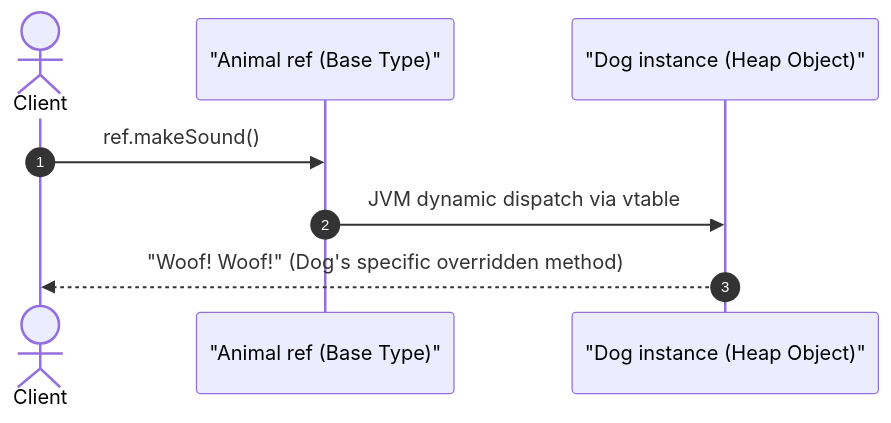
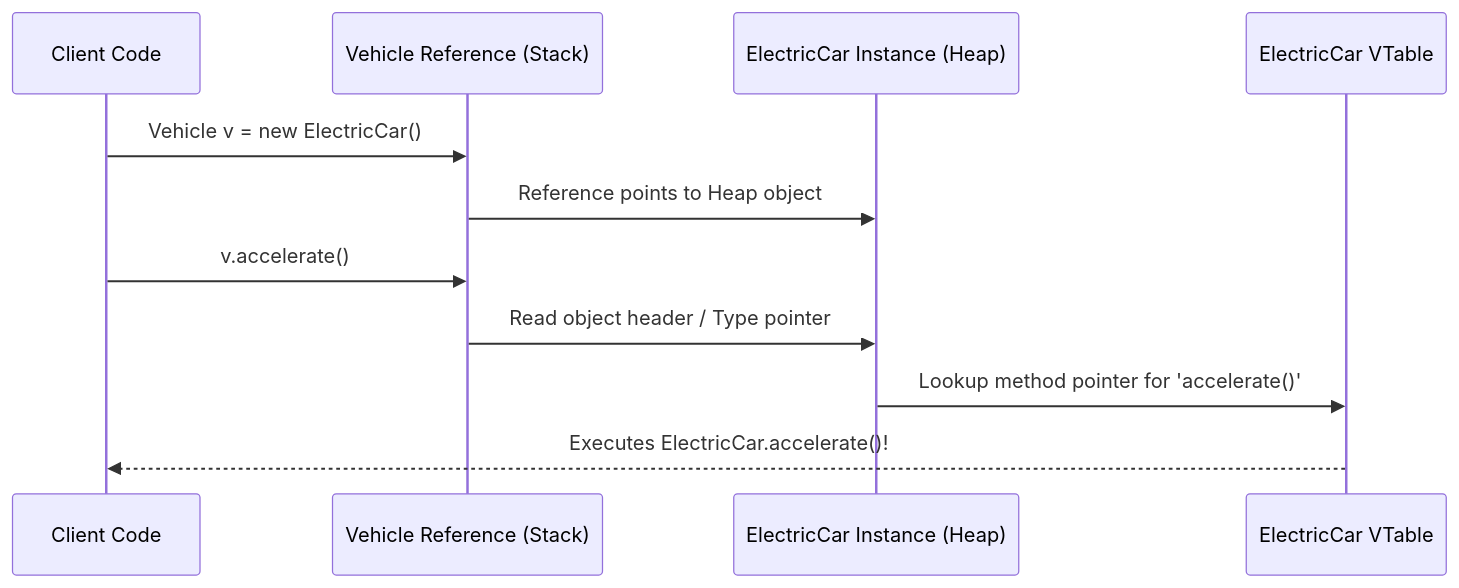
Before and after one commit to rohithgowda18/Notes: the fifth of 5 diagrams in 04-OOPs-and-Design-Patterns/01-Core-OOPs-and-UML/03-Inheritance-and-Polymorphism-in-OOPs.md, drawn with Mermaid. The commit also changed other lines of this file and 17 other files, not shown here.

Commit message:
docs(lld): enrich notes with deep architectural analysis, diagrams, anti-patterns & code

````diff
--- a/04-OOPs-and-Design-Patterns/01-Core-OOPs-and-UML/03-Inheritance-and-Polymorphism-in-OOPs.md
+++ b/04-OOPs-and-Design-Patterns/01-Core-OOPs-and-UML/03-Inheritance-and-Polymorphism-in-OOPs.md
@@ -109,10 +156,14 @@
 ```mermaid
 sequenceDiagram
-    autonumber
-    actor Client
-    participant BaseRef as "Animal ref (Base Type)"
-    participant HeapObj as "Dog instance (Heap Object)"
-    Client->>BaseRef: ref.makeSound()
-    BaseRef->>HeapObj: JVM dynamic dispatch via vtable
-    HeapObj-->>Client: "Woof! Woof!" (Dog's specific overridden method)
+    participant Main as Client Code
+    participant Ref as Vehicle Reference (Stack)
+    participant HeapObj as ElectricCar Instance (Heap)
+    participant VTable as ElectricCar VTable
+
+    Main->>Ref: Vehicle v = new ElectricCar()
+    Ref->>HeapObj: Reference points to Heap object
+    Main->>Ref: v.accelerate()
+    Ref->>HeapObj: Read object header / Type pointer
+    HeapObj->>VTable: Lookup method pointer for 'accelerate()'
+    VTable-->>Main: Executes ElectricCar.accelerate()!
 ```
````
